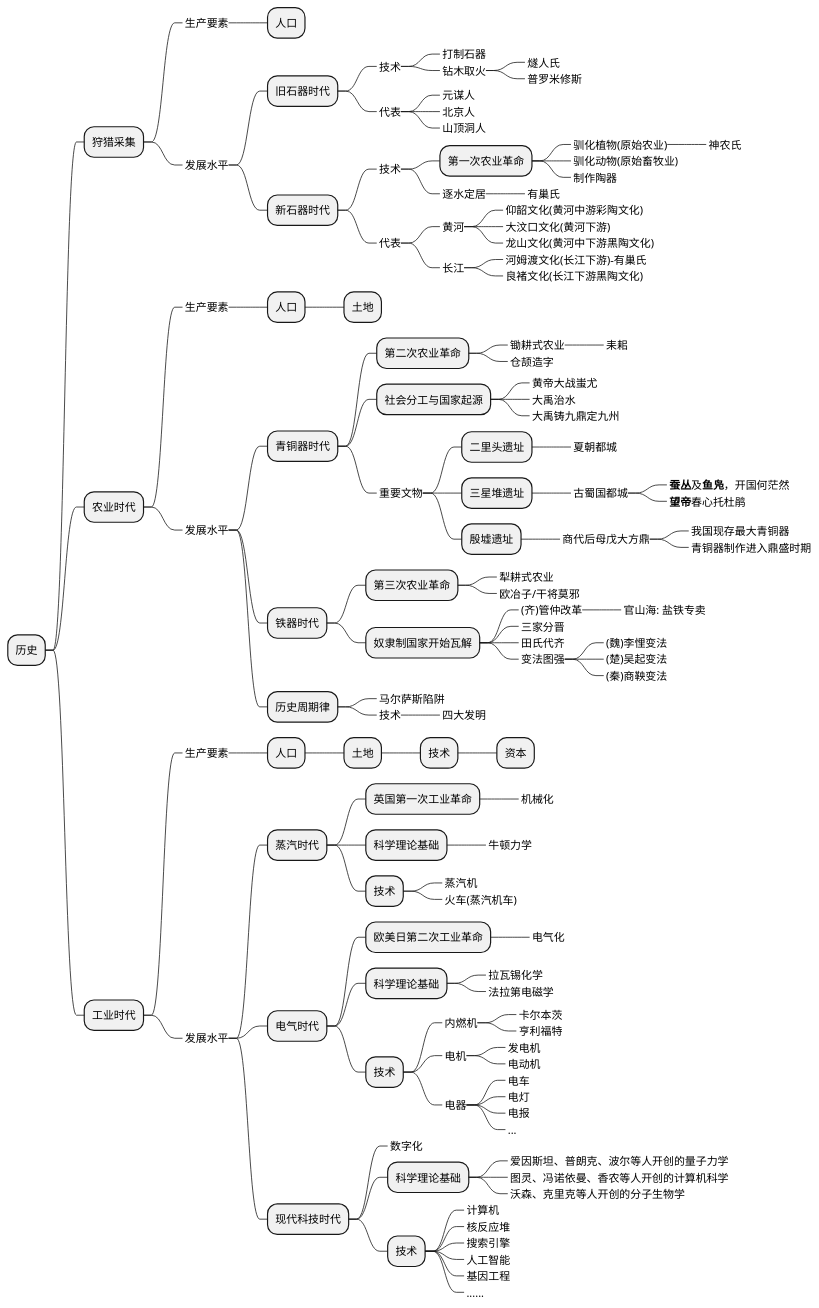
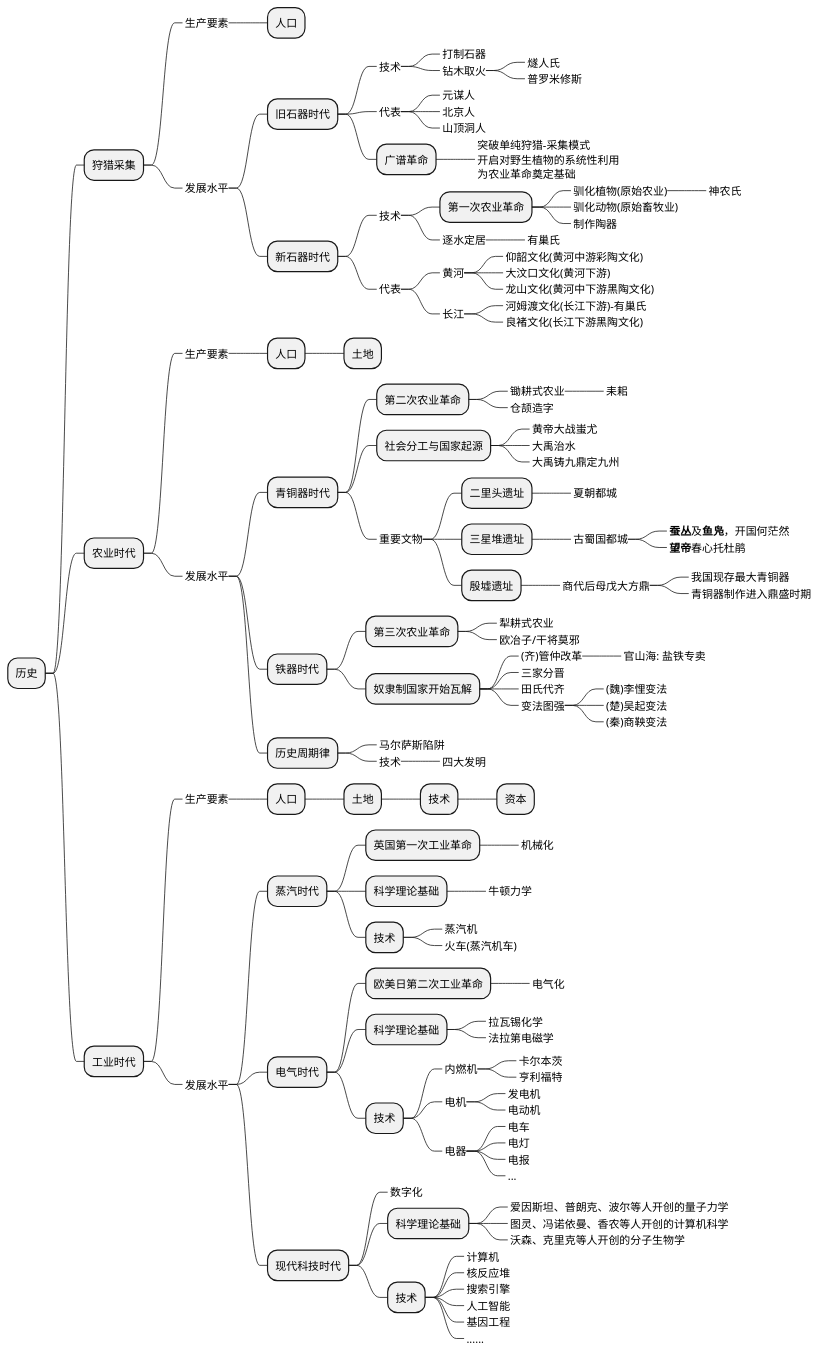
The first of 2 diagrams in source/_posts/economic/economic_and_history.md (holmofy/blog.hufeifei.cn), drawn with PlantUML before and after one commit. The commit also changed other lines of this file, not shown here.

```diff
--- a/source/_posts/economic/economic_and_history.md
+++ b/source/_posts/economic/economic_and_history.md
@@ -30,6 +30,8 @@
 ++++++_ 元谋人
 ++++++_ 北京人
 ++++++_ 山顶洞人
++++++ 广谱革命
+++++++_ 突破单纯狩猎-采集模式\n开启对野生植物的系统性利用\n为农业革命奠定基础
 ++++ 新石器时代
 +++++_ 技术
 ++++++ 第一次农业革命
```
